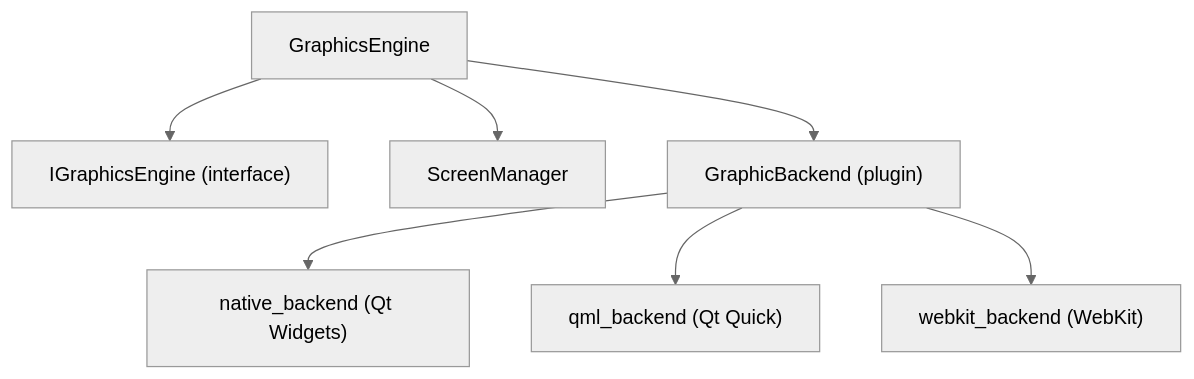
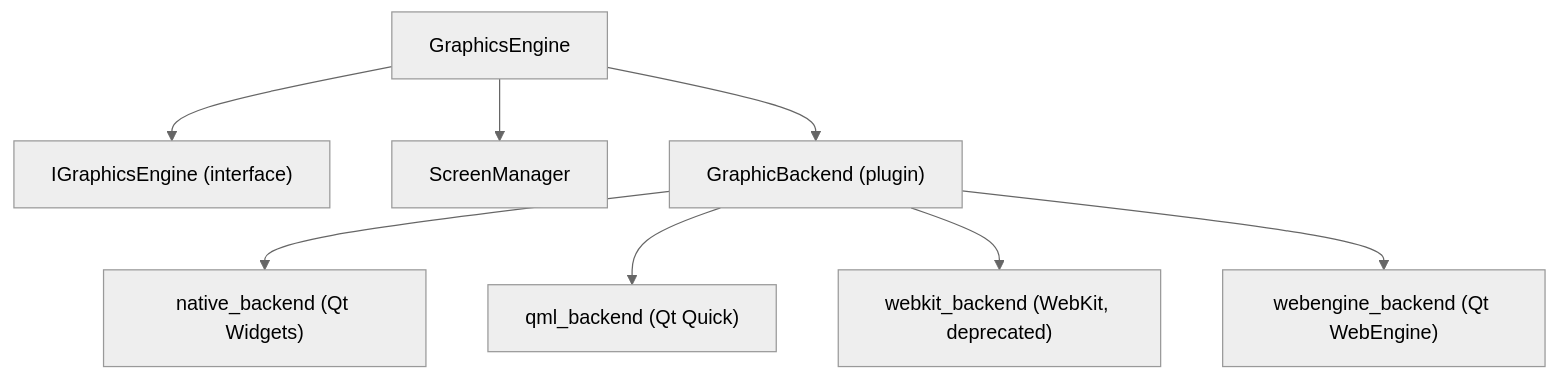
The diagram in src/modules/GraphicsEngine/README.md (Ilkhom-S/e-kiosk), drawn with Mermaid (neutral theme) before and after one commit. The commit also changed other lines of this file and 42 other files, not shown here.

First line of the commit message:
refactor(plugins): modernize plugin system architecture

````diff
--- a/src/modules/GraphicsEngine/README.md
+++ b/src/modules/GraphicsEngine/README.md
@@ -16,9 +16,10 @@
 ```mermaid
 flowchart TB
     GraphicsEngine --> IGraphicsEngine["IGraphicsEngine (interface)"]
     GraphicsEngine --> ScreenManager
     GraphicsEngine --> Backend["GraphicBackend (plugin)"]
     Backend --> native["native_backend (Qt Widgets)"]
     Backend --> qml["qml_backend (Qt Quick)"]
-    Backend --> webkit["webkit_backend (WebKit)"]
+    Backend --> webkit["webkit_backend (WebKit, deprecated)"]
+    Backend --> webengine["webengine_backend (Qt WebEngine)"]
 ```
````
